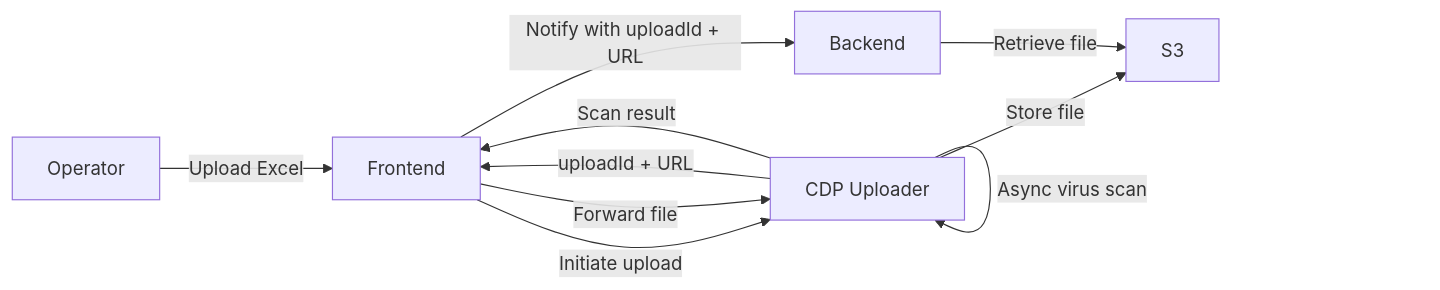
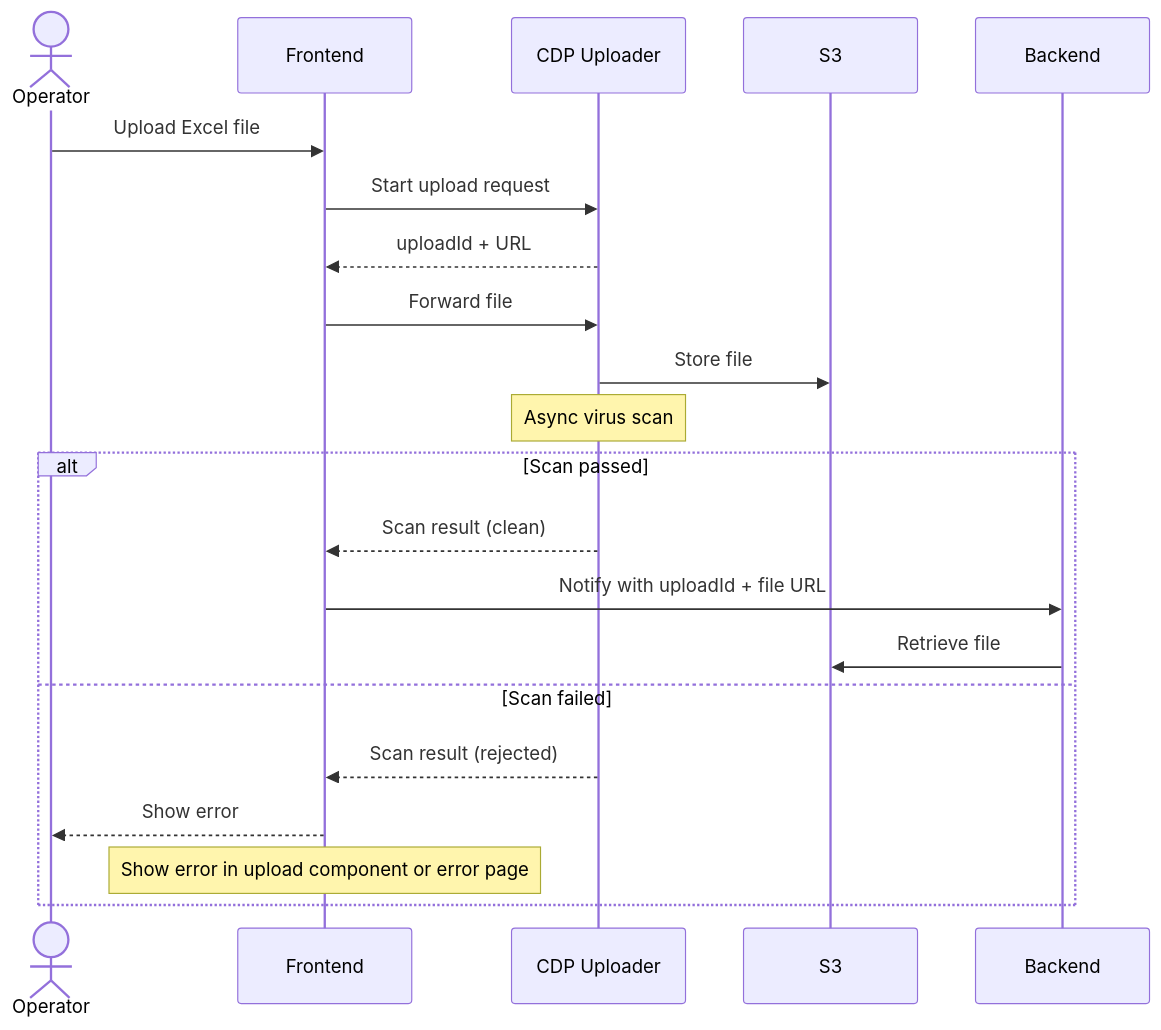
Before and after one commit to DEFRA/epr-backend: the diagram in docs/architecture/decisions/0008-file-upload.md, drawn with Mermaid. The commit also changed other lines of this file, not shown here.

Commit message:
PR comments, typos, grammar and sequence diagram

````diff
--- a/docs/architecture/decisions/0008-file-upload.md
+++ b/docs/architecture/decisions/0008-file-upload.md
@@ -35,12 +36,24 @@
 ```mermaid
-flowchart LR
-    Operator -->|Upload Excel| Frontend
-    Frontend -->|Initiate upload| CDP[CDP Uploader]
-    CDP -->|uploadId + URL| Frontend
-    Frontend -->|Forward file| CDP
-    CDP -->|Async virus scan| CDP
-    CDP -->|Store file| S3
-    CDP -->|Scan result| Frontend
-    Frontend -->|Notify with uploadId + URL| Backend
-    Backend -->|Retrieve file| S3
+sequenceDiagram
+    actor Operator
+    participant Frontend
+    participant CDP as CDP Uploader
+    participant S3
+    participant Backend
+
+    Operator->>Frontend: Upload Excel file
+    Frontend->>CDP: Start upload request
+    CDP-->>Frontend: uploadId + URL
+    Frontend->>CDP: Forward file
+    CDP->>S3: Store file
+    Note over CDP: Async virus scan
+    alt Scan passed
+        CDP-->>Frontend: Scan result (clean)
+        Frontend->>Backend: Notify with uploadId + file URL
+        Backend->>S3: Retrieve file
+    else Scan failed
+        CDP-->>Frontend: Scan result (rejected)
+        Frontend-->>Operator: Show error
+        Note over Frontend: Show error in upload component or error page
+    end
 ```
````
